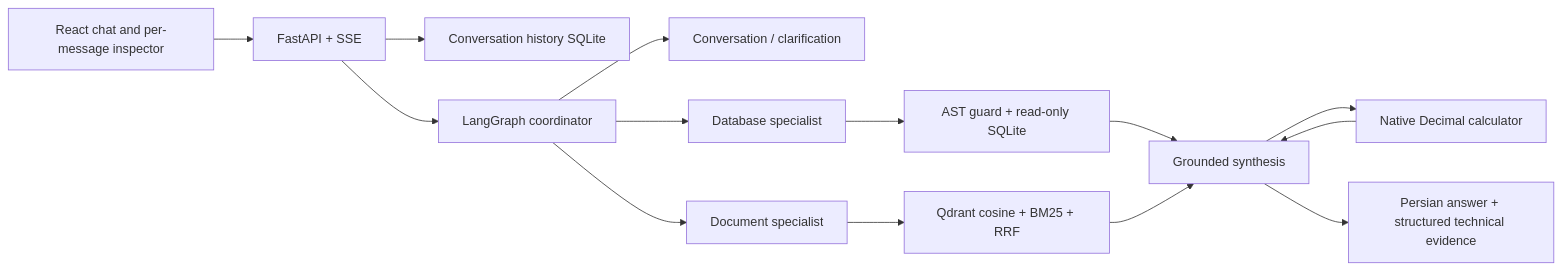
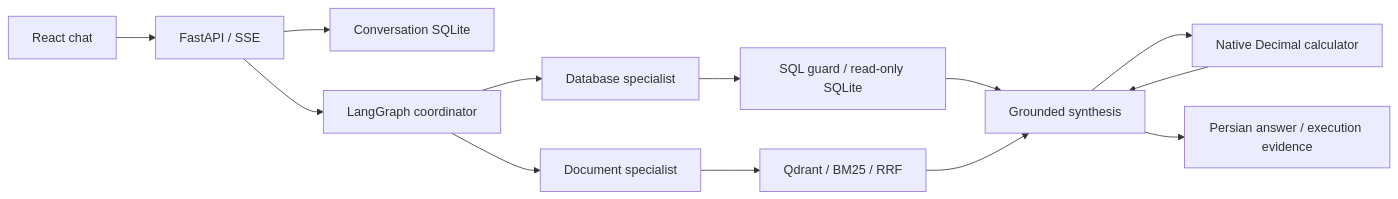
The diagram in README.md (lordaliH8/adanAI-RAG-DEMO), drawn with Mermaid before and after one commit. The commit also changed other lines of this file and 25 other files, not shown here.

````diff
--- a/README.md
+++ b/README.md
@@ -76,16 +129,15 @@
 ```mermaid
 flowchart LR
-  UI[React chat and per-message inspector] --> API[FastAPI + SSE]
-  API --> H[Conversation history SQLite]
+  UI[React chat] --> API[FastAPI / SSE]
+  API --> H[Conversation SQLite]
   API --> C[LangGraph coordinator]
-  C --> Q[Conversation / clarification]
   C --> S[Database specialist]
   C --> D[Document specialist]
-  S --> G[AST guard + read-only SQLite]
-  D --> R[Qdrant cosine + BM25 + RRF]
+  S --> G[SQL guard / read-only SQLite]
+  D --> R[Qdrant / BM25 / RRF]
   G --> A[Grounded synthesis]
   R --> A
   A --> T[Native Decimal calculator]
   T --> A
-  A --> O[Persian answer + structured technical evidence]
+  A --> O[Persian answer / execution evidence]
 ```
````
